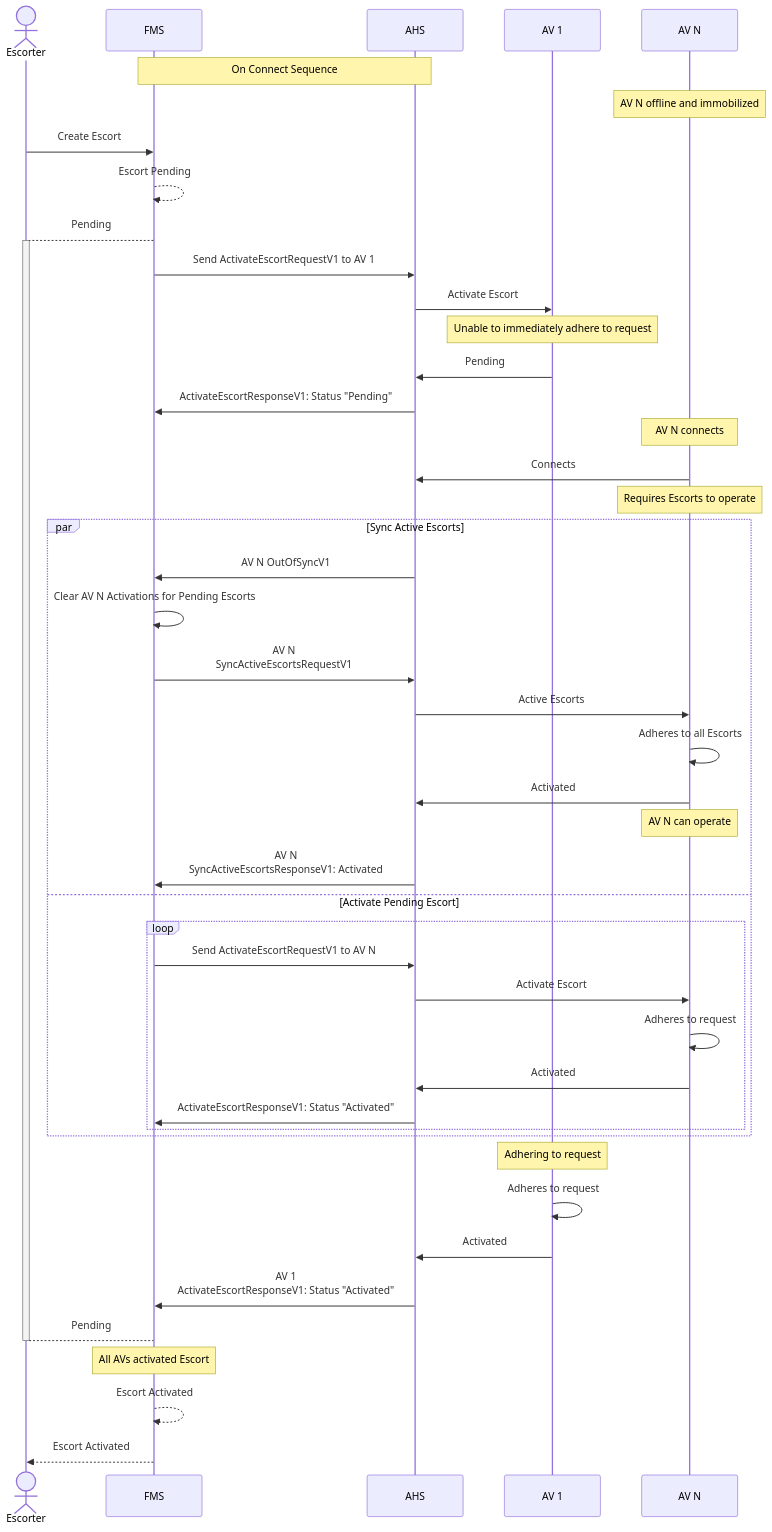
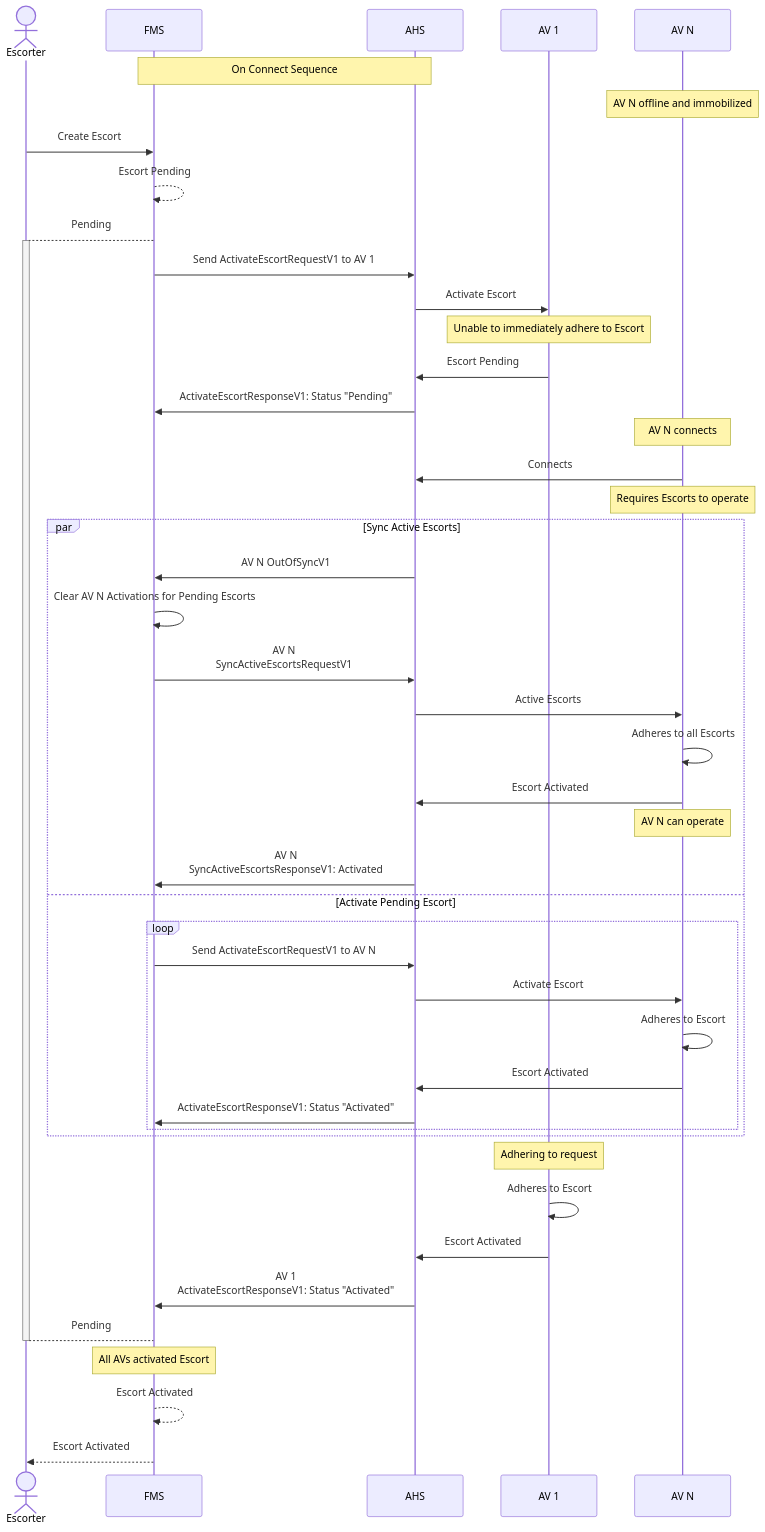
The second of 3 diagrams in diagram/Synchronization.md (open-autonomy/escort), drawn with Mermaid before and after one commit. The commit also changed other lines of this file, not shown here.

Commit message:
Unify generic AHS-AV communication

````diff
--- a/diagram/Synchronization.md
+++ b/diagram/Synchronization.md
@@ -45,61 +45,61 @@
 ```mermaid
 sequenceDiagram
     actor Escorter
     participant FMS
     participant AHS
     participant AV 1
     participant AV N
 
     Note over FMS,AHS: On Connect Sequence
     Note over AV N: AV N offline and immobilized
 
     Escorter->>FMS: Create Escort
     FMS-->>FMS: Escort Pending
     FMS-->+Escorter: Pending
 
     FMS->>AHS: Send ActivateEscortRequestV1 to AV 1
 
     AHS->>AV 1: Activate Escort
-    Note over AV 1: Unable to immediately adhere to request
-    AV 1->>AHS: Pending
+    Note over AV 1: Unable to immediately adhere to Escort
+    AV 1->>AHS: Escort Pending
     AHS->>FMS: ActivateEscortResponseV1: Status "Pending"
 
     Note Over AV N: AV N connects
 
     AV N->>AHS: Connects
     Note Over AV N: Requires Escorts to operate
 
     par Sync Active Escorts
         AHS->>FMS: AV N OutOfSyncV1
         FMS->>FMS: Clear AV N Activations for Pending Escorts
 
         FMS->>AHS: AV N <br/> SyncActiveEscortsRequestV1
         AHS->>AV N: Active Escorts
         AV N->>AV N: Adheres to all Escorts
-        AV N->>AHS: Activated
+        AV N->>AHS: Escort Activated
         Note over AV N: AV N can operate
 
         AHS->>FMS: AV N <br/> SyncActiveEscortsResponseV1: Activated
     and Activate Pending Escort
         loop
             FMS->>AHS: Send ActivateEscortRequestV1 to AV N
             AHS->>AV N: Activate Escort
-            AV N->>AV N: Adheres to request
-            AV N->>AHS: Activated
+            AV N->>AV N: Adheres to Escort
+            AV N->>AHS: Escort Activated
             AHS->>FMS: ActivateEscortResponseV1: Status "Activated"
         end
     end
 
     Note Over AV 1: Adhering to request
-    AV 1->>AV 1: Adheres to request
-    AV 1->>AHS: Activated
+    AV 1->>AV 1: Adheres to Escort
+    AV 1->>AHS: Escort Activated
      AHS->>FMS: AV 1 <br/> ActivateEscortResponseV1: Status "Activated"
 
 
     Escorter-->-FMS: Pending
 
     Note Over FMS: All AVs activated Escort
     FMS-->>FMS: Escort Activated
 
     FMS-->>Escorter: Escort Activated
 ```
````
